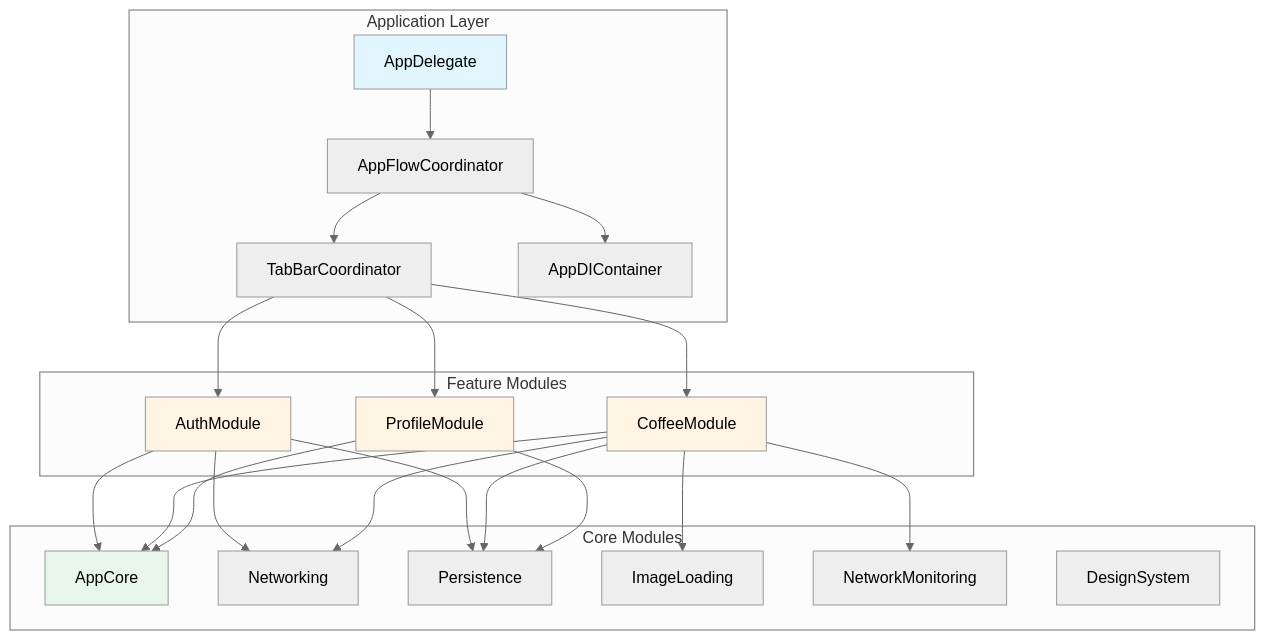
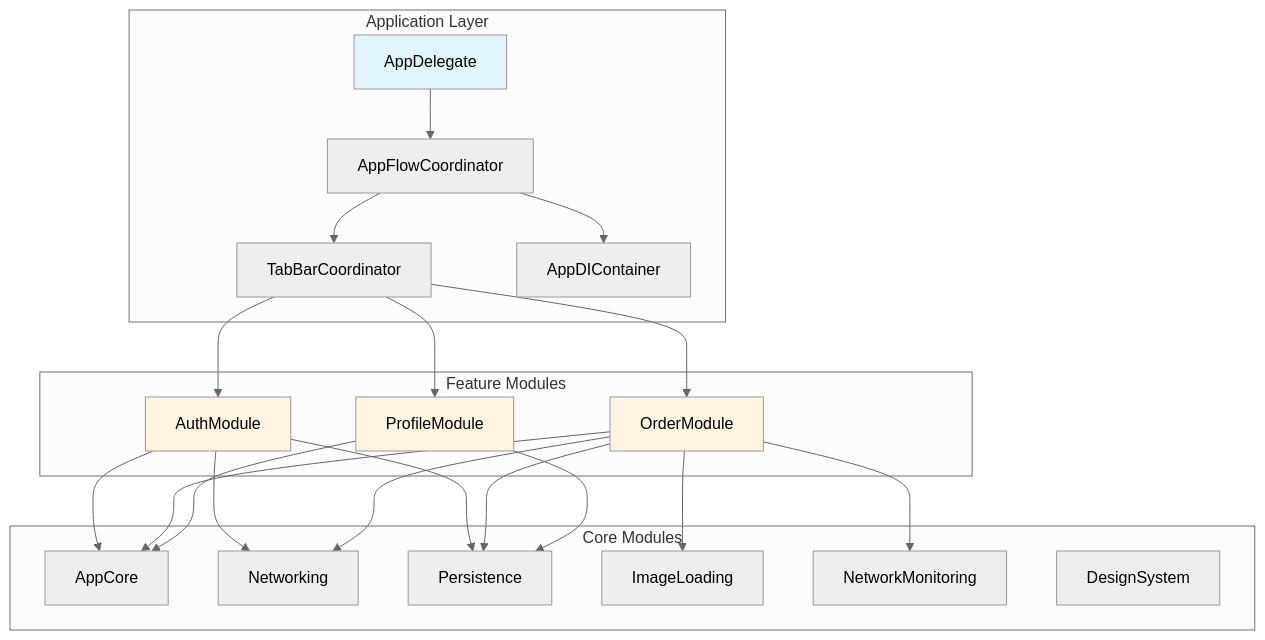
The diagram in README.md (ameya-vichare/BrewCrewApp), drawn with Mermaid (neutral theme) before and after one commit.

````diff
--- a/README.md
+++ b/README.md
@@ -53,50 +53,53 @@
 ```mermaid
 graph TB
     subgraph "Application Layer"
         App[AppDelegate]
         AppCoord[AppFlowCoordinator]
         TabCoord[TabBarCoordinator]
         DI[AppDIContainer]
     end
-
+    
     subgraph "Feature Modules"
         Auth[AuthModule]
-        Order[CoffeeModule]
+        Order[OrderModule]
         Profile[ProfileModule]
     end
-
+    
     subgraph "Core Modules"
         Core[AppCore]
         Net[Networking]
         Persist[Persistence]
         Img[ImageLoading]
         Monitor[NetworkMonitoring]
         Design[DesignSystem]
     end
-
+    
     App --> AppCoord
     AppCoord --> DI
     AppCoord --> TabCoord
     TabCoord --> Auth
     TabCoord --> Order
     TabCoord --> Profile
-
+    
     Auth --> Core
     Auth --> Net
     Auth --> Persist
-
+    
     Order --> Core
     Order --> Net
     Order --> Persist
     Order --> Img
     Order --> Monitor
-
+    
     Profile --> Core
     Profile --> Persist
-
+    
     style App fill:#e1f5ff
     style Auth fill:#fff4e1
+    style Auth color:#000000
+    style Profile color:#000000
+    style Order color:#000000
     style Order fill:#fff4e1
     style Profile fill:#fff4e1
-    style Core fill:#e8f5e9
+    style App color:#000000
 ```
````
